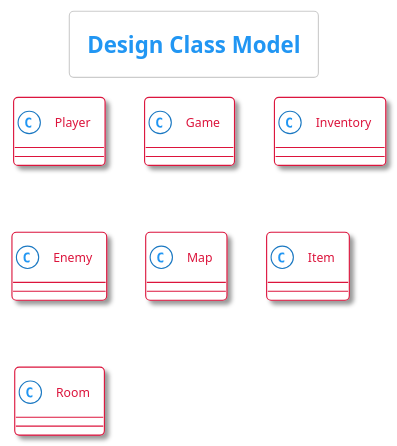
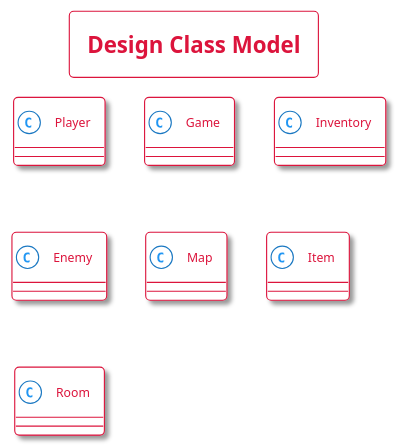
One commit to LimeiGuan/Text_Adventure_Game changed the diagram in docs/uml/DesignClassModel.plantuml. Above: the diagram before and after it, drawn with PlantUML.

```diff
--- a/docs/uml/DesignClassModel.plantuml
+++ b/docs/uml/DesignClassModel.plantuml
@@ -1,28 +1,31 @@
 @startuml DesignClassModel
 
 !theme materia-outline
 
 skinparam ArrowColor #DC143C
 skinparam BackgroundColor #FFFFFF
 
 skinparam ClassFontColor #DC143C
 skinparam ClassBackgroundColor #FFFFFF
 skinparam ClassBorderColor #DC143C
+
+skinparam titleBorderColor #DC143C
+skinparam titleFontColor #DC143C
 
 title Design Class Model
 
 class Player {}
 
 class Game{}
 
 class Inventory{}
 
 class Enemy{}
 
 class Map{}
 
 class Item{}
 
 class Room{}
 
 @enduml
```
